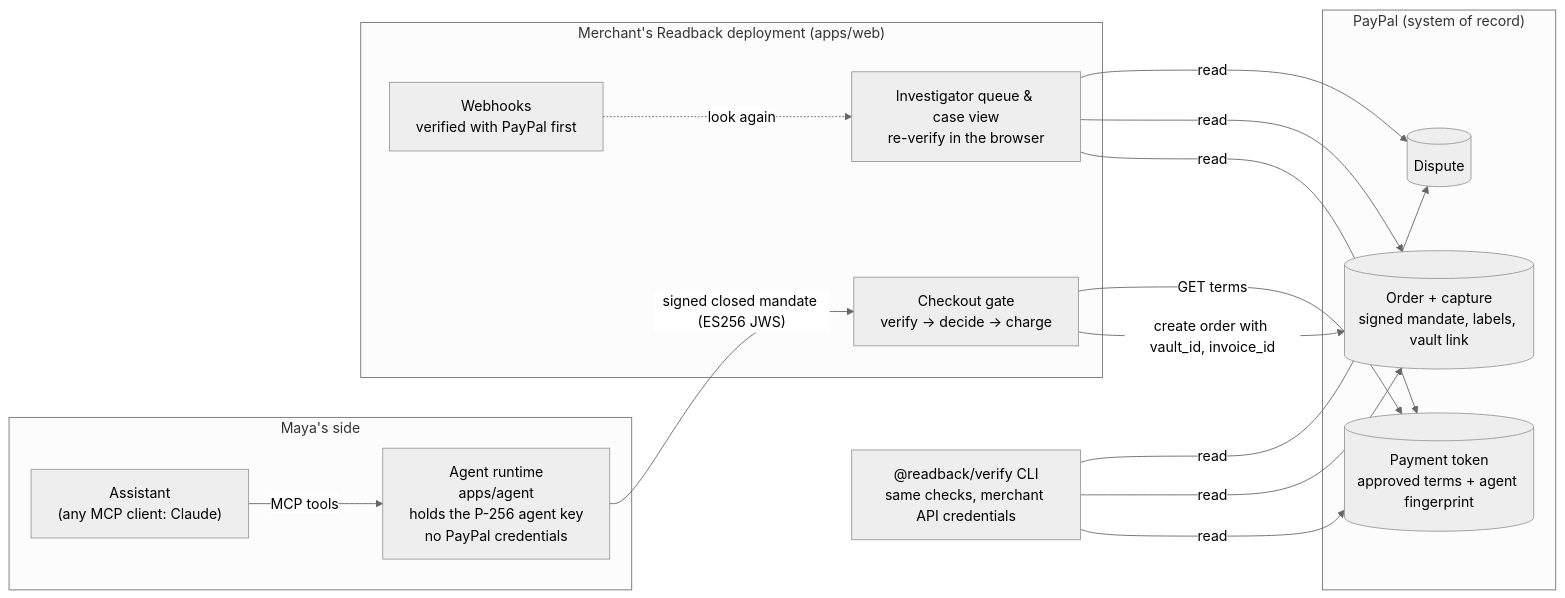
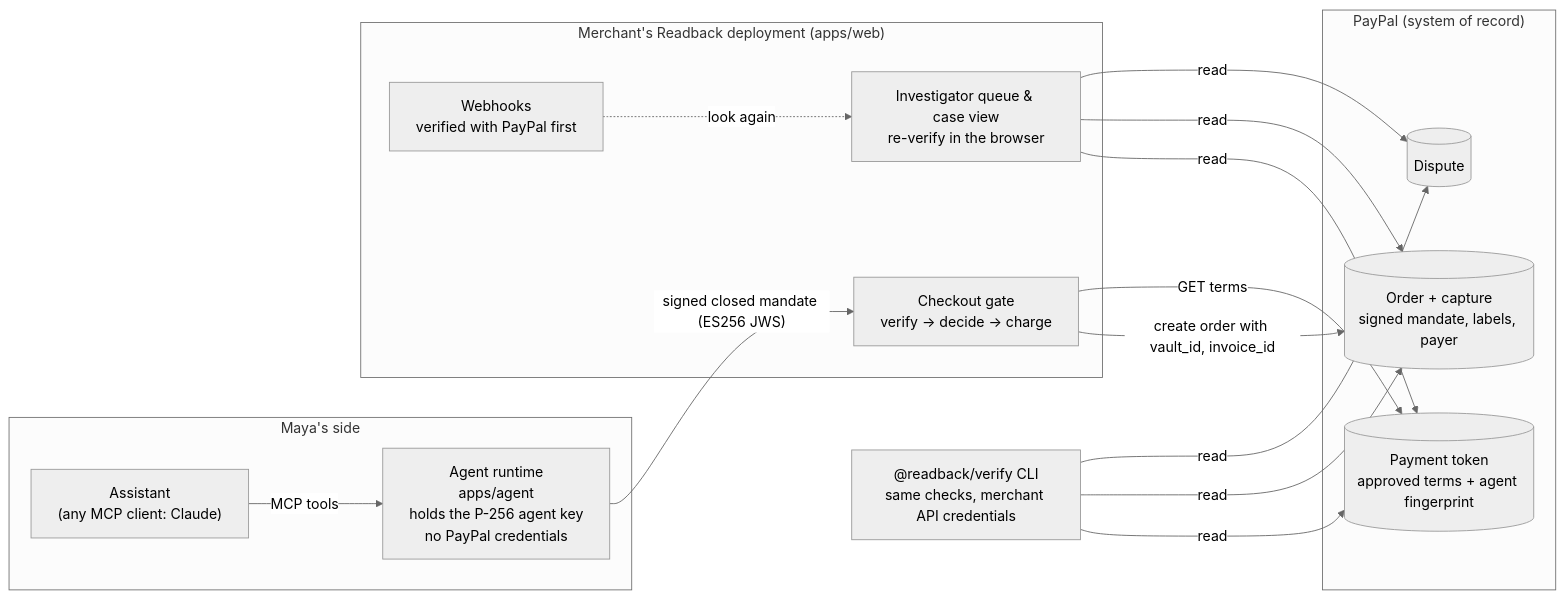
One commit to drcano/readback changed the first of 3 diagrams in docs/ARCHITECTURE.md. Above: the diagram before and after it, drawn with Mermaid (neutral theme). The commit also changed other lines of this file and 8 other files, not shown here.

````diff
--- a/docs/ARCHITECTURE.md
+++ b/docs/ARCHITECTURE.md
@@ -7,22 +7,22 @@
 ```mermaid
 flowchart LR
   subgraph Maya["Maya's side"]
     A["Assistant<br/>(any MCP client: Claude)"] -- "MCP tools" --> R["Agent runtime<br/>apps/agent<br/>holds the P-256 agent key<br/>no PayPal credentials"]
   end
   subgraph Merchant["Merchant's Readback deployment (apps/web)"]
     G["Checkout gate<br/>verify → decide → charge"]
     I["Investigator queue & case view<br/>re-verify in the browser"]
     W["Webhooks<br/>verified with PayPal first"]
   end
   subgraph PayPal["PayPal (system of record)"]
     T[("Payment token<br/>approved terms + agent fingerprint")]
-    O[("Order + capture<br/>signed mandate, labels, vault link")]
+    O[("Order + capture<br/>signed mandate, labels, payer")]
     D[("Dispute")]
   end
   R -- "signed closed mandate (ES256 JWS)" --> G
   G -- "GET terms" --> T
   G -- "create order with vault_id, invoice_id" --> O
   I -- "read" --> D & O & T
   W -. "look again" .-> I
   C["@readback/verify CLI<br/>same checks, merchant API credentials"] -- "read" --> D & O & T
 ```
````
